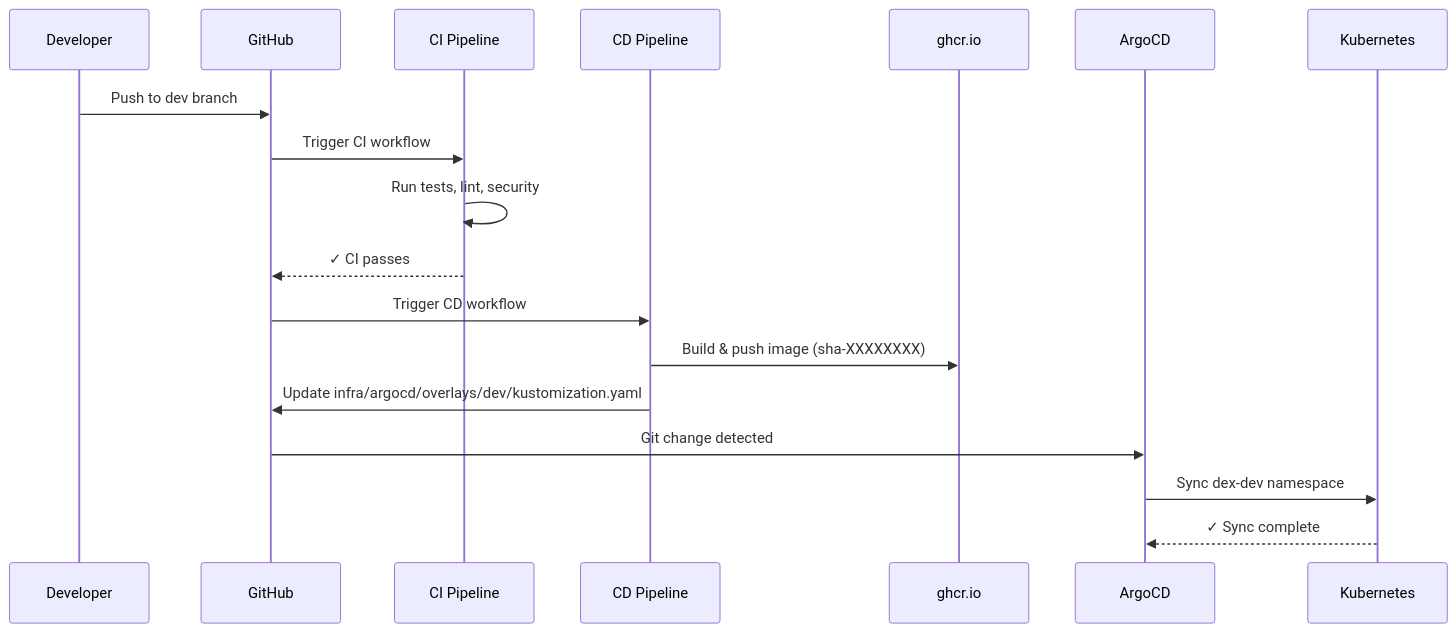
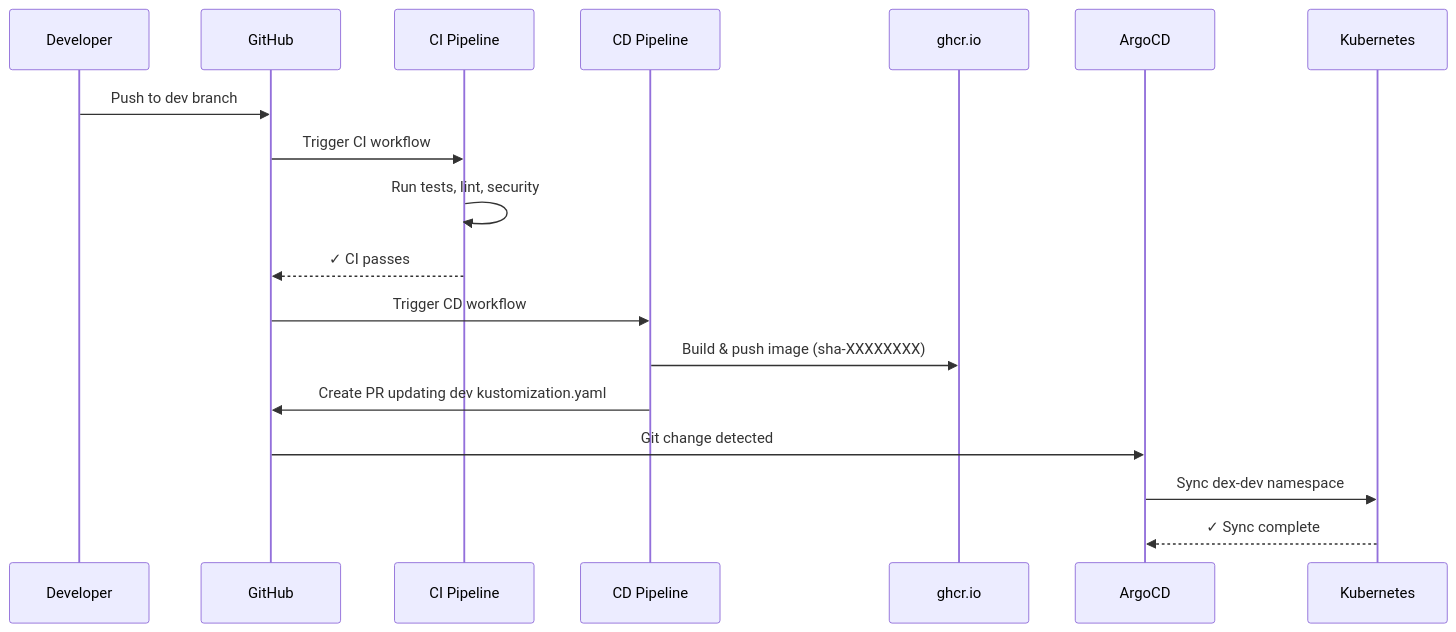
Before and after one commit to data-literate/DEX: the second of 4 diagrams in docs/CI_CD.md, drawn with Mermaid. The commit also changed other lines of this file and 2 other files, not shown here.

````diff
--- a/docs/CI_CD.md
+++ b/docs/CI_CD.md
@@ -212,21 +212,21 @@
 ```mermaid
 sequenceDiagram
     participant Dev as Developer
     participant GH as GitHub
     participant CI as CI Pipeline
     participant CD as CD Pipeline
     participant GHCR as ghcr.io
     participant Argo as ArgoCD
     participant K8s as Kubernetes
 
     Dev->>GH: Push to dev branch
     GH->>CI: Trigger CI workflow
     CI->>CI: Run tests, lint, security
     CI-->>GH: ✓ CI passes
     GH->>CD: Trigger CD workflow
     CD->>GHCR: Build & push image (sha-XXXXXXXX)
-    CD->>GH: Update infra/argocd/overlays/dev/kustomization.yaml
+    CD->>GH: Create PR updating dev kustomization.yaml
     GH->>Argo: Git change detected
     Argo->>K8s: Sync dex-dev namespace
     K8s-->>Argo: ✓ Sync complete
 ```
````
